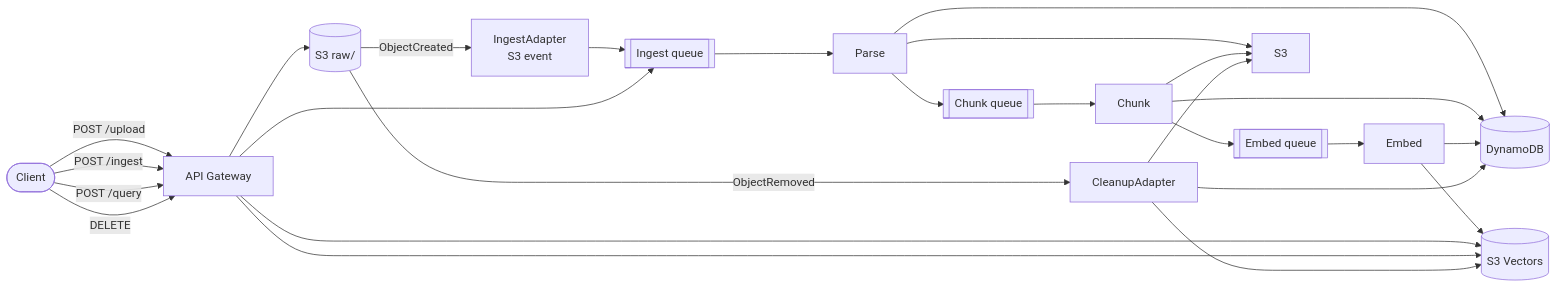
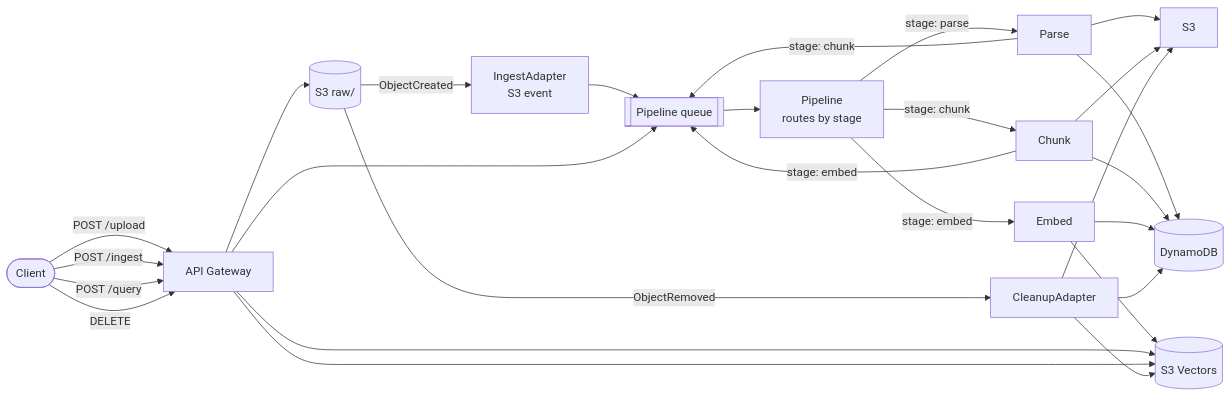
One commit to beeblastco/cheapkb changed the diagram in docs/ARCHITECTURE.md. Above: the diagram before and after it, drawn with Mermaid. The commit also changed other lines of this file and 10 other files, not shown here.

First line of the commit message:
fix: consolidate pipeline onto one SQS queue to stop idle-poll burn

````diff
--- a/docs/ARCHITECTURE.md
+++ b/docs/ARCHITECTURE.md
@@ -5,32 +5,34 @@
 ```mermaid
 flowchart LR
     Client([Client])
     API["API Gateway"]
     S3raw[("S3 raw/")]
     IngestAdapter["IngestAdapter<br/>S3 event"]
     Parse["Parse"]
     Chunk["Chunk"]
     Embed["Embed"]
-    ChunkQ[["Chunk queue"]]
-    EmbedQ[["Embed queue"]]
-    IngestQ[["Ingest queue"]]
+    PipelineQ[["Pipeline queue"]]
+    Dispatch["Pipeline<br/>routes by stage"]
     DDB[("DynamoDB")]
     Vectors[("S3 Vectors")]
 
     Client -->|POST /upload| API --> S3raw
-    S3raw -->|ObjectCreated| IngestAdapter --> IngestQ
-    Client -->|POST /ingest| API --> IngestQ
-    IngestQ --> Parse --> S3
+    S3raw -->|ObjectCreated| IngestAdapter --> PipelineQ
+    Client -->|POST /ingest| API --> PipelineQ
+    PipelineQ --> Dispatch
+    Dispatch -->|stage: parse| Parse --> S3
     Parse --> DDB
-    Parse --> ChunkQ --> Chunk --> S3
+    Parse -->|stage: chunk| PipelineQ
+    Dispatch -->|stage: chunk| Chunk --> S3
     Chunk --> DDB
-    Chunk --> EmbedQ --> Embed
+    Chunk -->|stage: embed| PipelineQ
+    Dispatch -->|stage: embed| Embed
     Embed --> DDB
     Embed --> Vectors
     Client -->|POST /query| API --> Vectors
     Client -->|DELETE| API --> Vectors
     S3raw -->|ObjectRemoved| CleanupAdapter
     CleanupAdapter --> Vectors
     CleanupAdapter --> S3
     CleanupAdapter --> DDB
 ```
````
